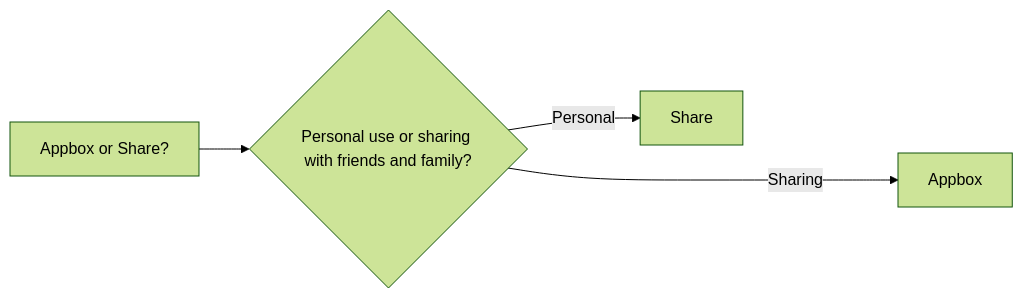
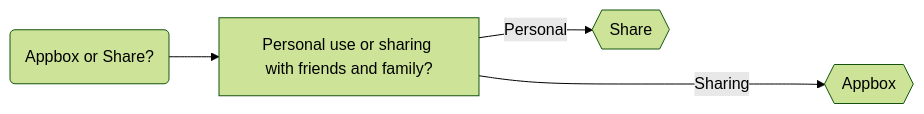
Before and after one commit to neomedia6989/docs-2: the diagram in docs/index.md, drawn with Mermaid (forest theme).

````diff
--- a/docs/index.md
+++ b/docs/index.md
@@ -16,6 +16,6 @@
 ``` mermaid
 graph LR
-  A[Appbox or Share?] --> B{Personal use or sharing with friends and family?};
-  B -->|Personal| C[Share];
-  B ---->|Sharing| E[Appbox];
+  A(Appbox or Share?) --> B[Personal use or sharing with friends and family?];
+  B -->|Personal| C{{Share}};
+  B ---->|Sharing| E{{Appbox}};
 ```
````
